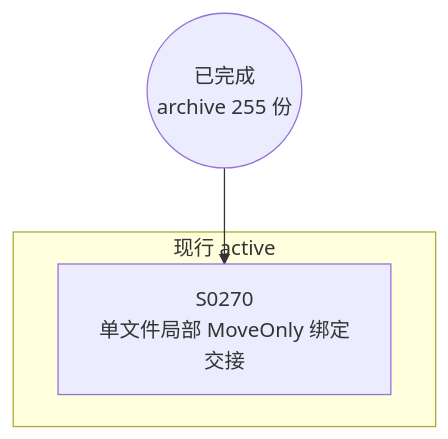
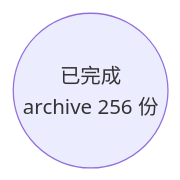
The diagram in docs/specs/dependency-graph.md (Halckon/Koven), drawn with Mermaid before and after one commit. The commit also changed other lines of this file and 8 other files, not shown here.

````diff
--- a/docs/specs/dependency-graph.md
+++ b/docs/specs/dependency-graph.md
@@ -9,8 +9,4 @@
 ```mermaid
 flowchart TD
-ARCH(("已完成<br/>archive 255 份"))
-subgraph Gactive["现行 active"]
-  S0270["S0270<br/>单文件局部 MoveOnly 绑定交接"]
-end
-ARCH --> S0270
+ARCH(("已完成<br/>archive 256 份"))
 ```
````
